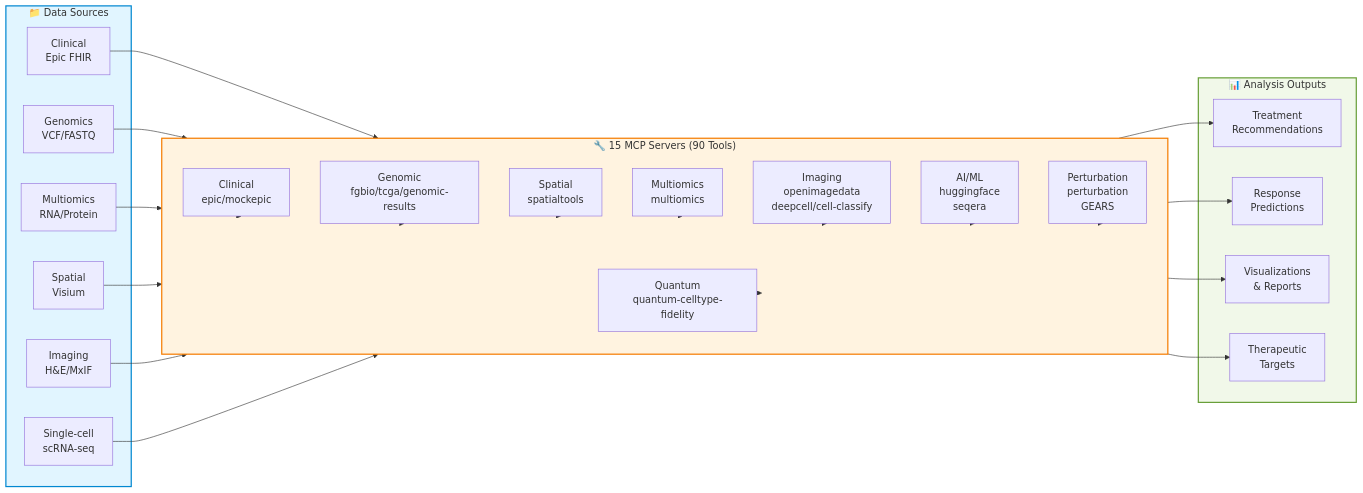
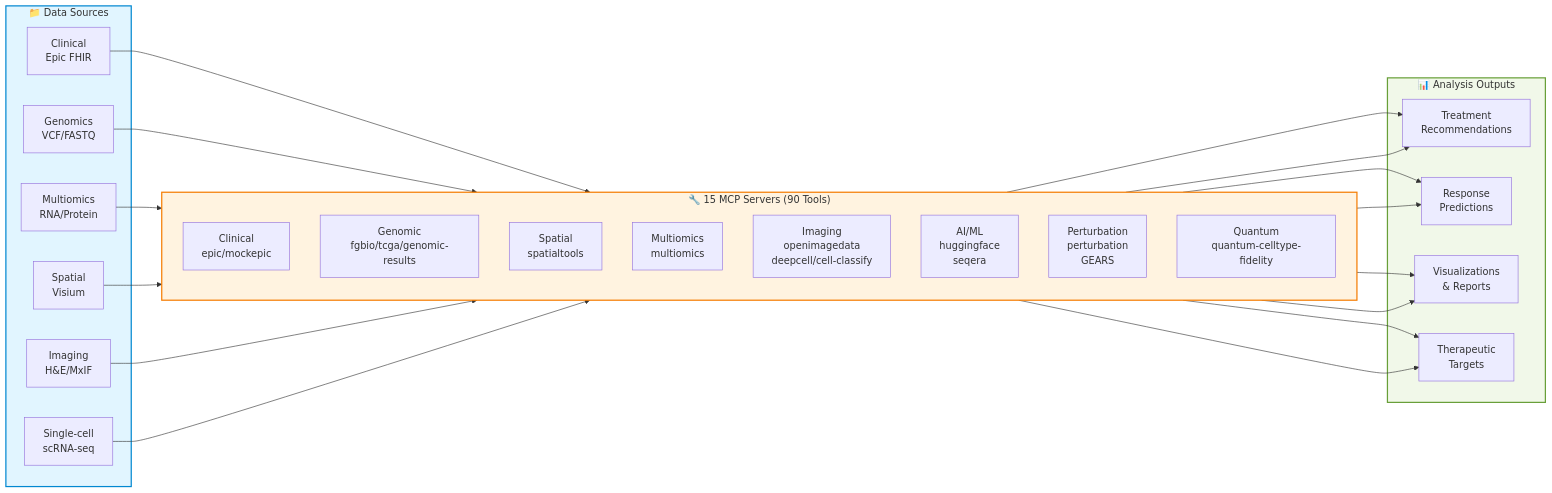
Before and after one commit to raymond301/precision-medicine-mcp: the first of 2 diagrams in docs/reference/architecture/README.md, drawn with Mermaid. The commit also changed 8 other files, not shown here.

Commit message:
sync diagrams

````diff
--- a/docs/reference/architecture/README.md
+++ b/docs/reference/architecture/README.md
@@ -9,55 +9,50 @@
 ```mermaid
 graph LR
     subgraph Input["📁 Data Sources"]
         EHR[Clinical<br/>Epic FHIR]
         SEQ[Genomics<br/>VCF/FASTQ]
         OMICS[Multiomics<br/>RNA/Protein]
         SPATIAL[Spatial<br/>Visium]
         IMG[Imaging<br/>H&E/MxIF]
         SCRNA[Single-cell<br/>scRNA-seq]
     end
 
     subgraph MCP["🔧 15 MCP Servers (90 Tools)"]
         direction TB
         S1[Clinical<br/>epic/mockepic]
         S2[Genomic<br/>fgbio/tcga/genomic-results]
         S3[Spatial<br/>spatialtools]
         S4[Multiomics<br/>multiomics]
         S5[Imaging<br/>openimagedata<br/>deepcell/cell-classify]
         S6[AI/ML<br/>huggingface<br/>seqera]
         S7[Perturbation<br/>perturbation<br/>GEARS]
         S8[Quantum<br/>quantum-celltype-fidelity]
     end
 
     subgraph Output["📊 Analysis Outputs"]
         TREAT[Treatment<br/>Recommendations]
         PREDICT[Response<br/>Predictions]
         VIZ[Visualizations<br/>& Reports]
         INSIGHTS[Therapeutic<br/>Targets]
     end
 
     EHR --> S1
     SEQ --> S2
     OMICS --> S4
     SPATIAL --> S3
     IMG --> S5
     SCRNA --> S7
 
-    S1 --> MCP
-    S2 --> MCP
-    S3 --> MCP
-    S4 --> MCP
-    S5 --> MCP
-    S6 --> MCP
-    S7 --> MCP
-    S8 --> MCP
-
-    MCP --> TREAT
-    MCP --> PREDICT
-    MCP --> VIZ
-    MCP --> INSIGHTS
+    S1 --> TREAT
+    S2 --> PREDICT
+    S3 --> VIZ
+    S4 --> INSIGHTS
+    S5 --> TREAT
+    S6 --> PREDICT
+    S7 --> VIZ
+    S8 --> INSIGHTS
 
     style Input fill:#e1f5ff,stroke:#0288d1,stroke-width:2px
     style MCP fill:#fff3e0,stroke:#f57c00,stroke-width:2px
     style Output fill:#f1f8e9,stroke:#689f38,stroke-width:2px
 ```
````
